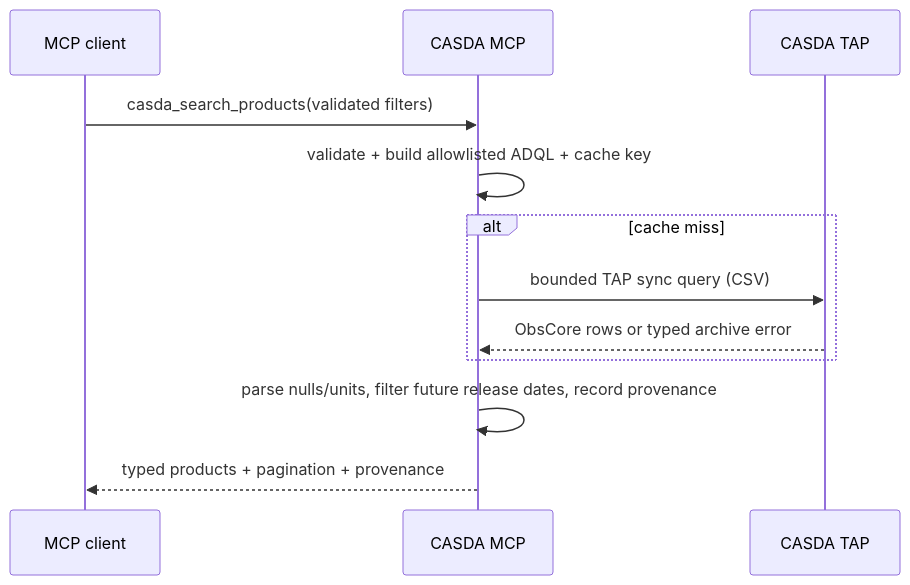
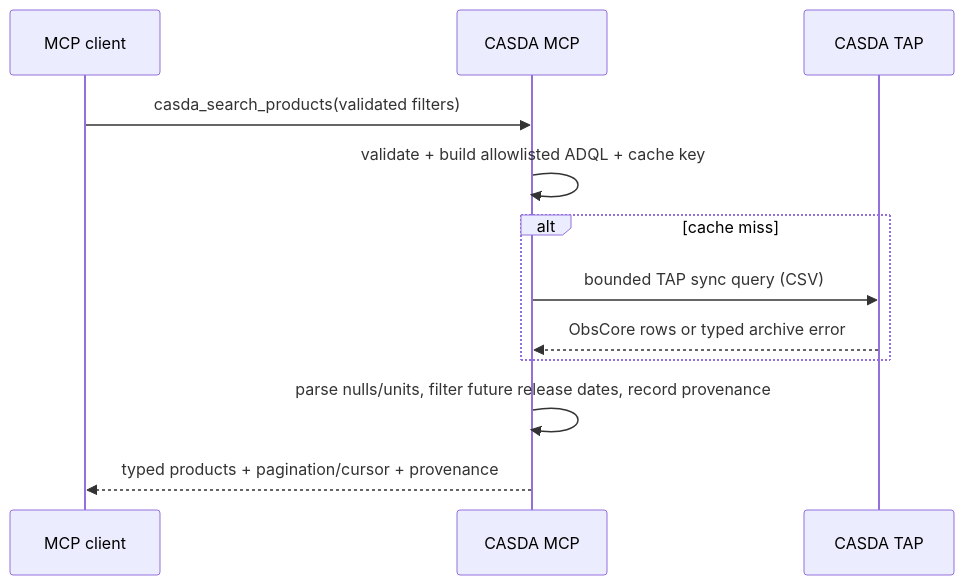
Before and after one commit to jbwod/CASDA-MCP: the first of 4 diagrams in docs/architecture.md, drawn with Mermaid. The commit also changed other lines of this file and 14 other files, not shown here.

````diff
--- a/docs/architecture.md
+++ b/docs/architecture.md
@@ -24,14 +27,14 @@
 ```mermaid
 sequenceDiagram
     participant AI as MCP client
     participant MCP as CASDA MCP
     participant TAP as CASDA TAP
     AI->>MCP: casda_search_products(validated filters)
     MCP->>MCP: validate + build allowlisted ADQL + cache key
     alt cache miss
         MCP->>TAP: bounded TAP sync query (CSV)
         TAP-->>MCP: ObsCore rows or typed archive error
     end
     MCP->>MCP: parse nulls/units, filter future release dates, record provenance
-    MCP-->>AI: typed products + pagination + provenance
+    MCP-->>AI: typed products + pagination/cursor + provenance
 ```
````
